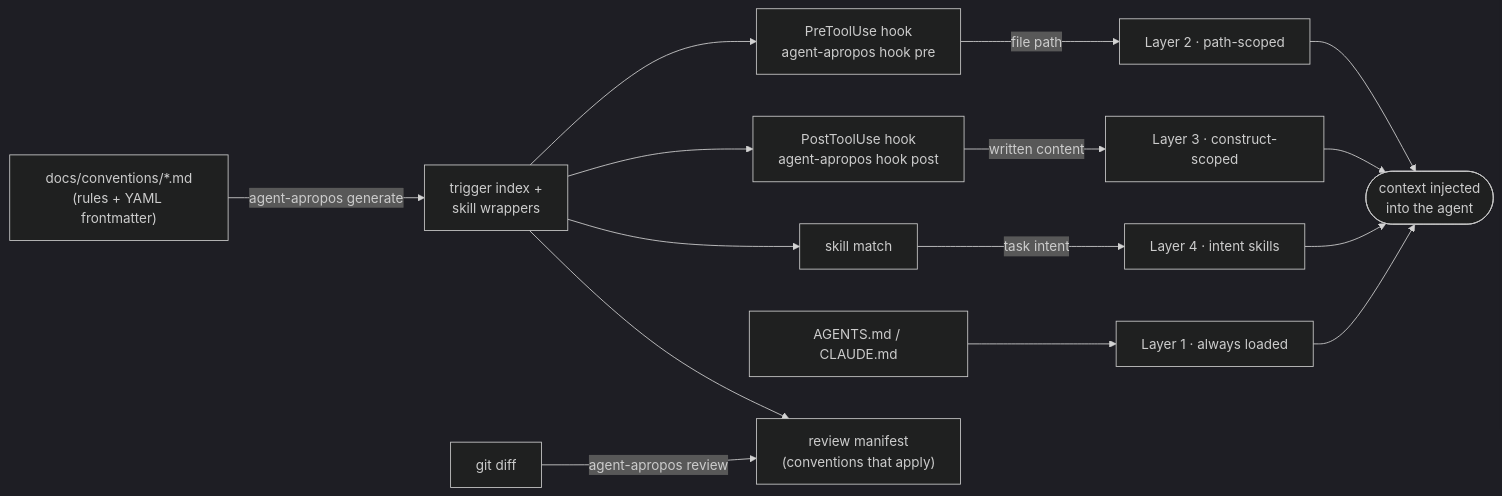
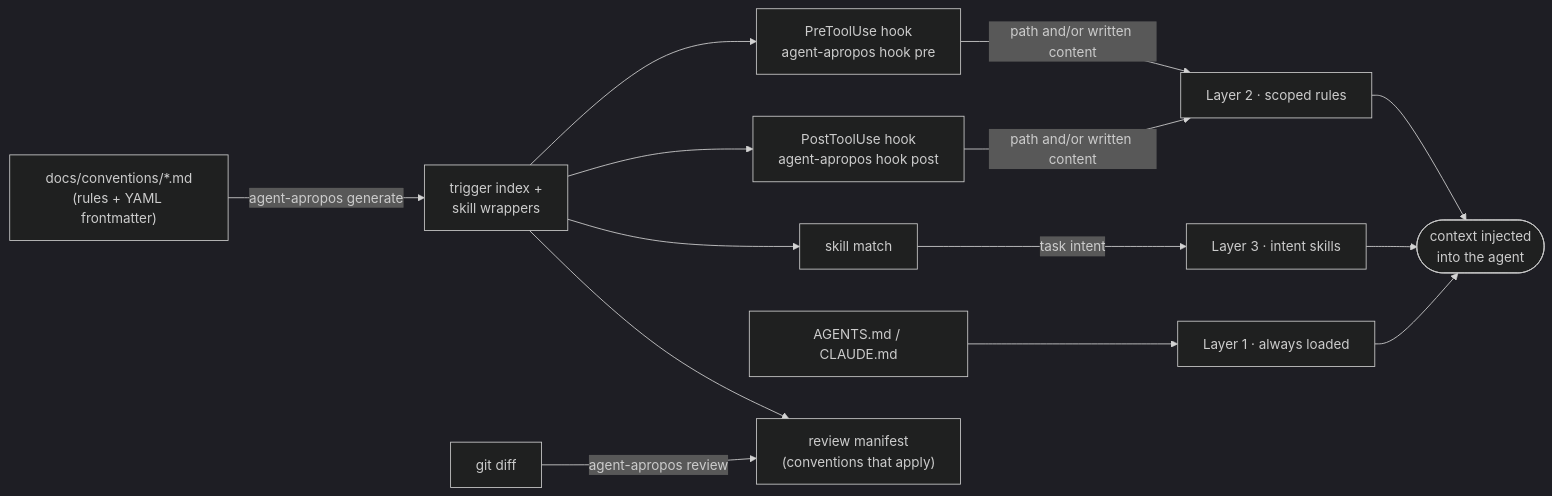
One commit to NEXL-LTS/agent-apropos changed the diagram in README.md. Above: the diagram before and after it, drawn with Mermaid (dark theme). The commit also changed other lines of this file and 49 other files, not shown here.

````diff
--- a/README.md
+++ b/README.md
@@ -186,20 +186,20 @@
 ```mermaid
 flowchart LR
     Docs["docs/conventions/*.md\n(rules + YAML frontmatter)"]
     Docs -->|agent-apropos generate| Index["trigger index +\nskill wrappers"]
 
     Index --> Pre["PreToolUse hook\nagent-apropos hook pre"]
     Index --> Post["PostToolUse hook\nagent-apropos hook post"]
     Index --> Skill["skill match"]
     Root["AGENTS.md / CLAUDE.md"] --> L1
 
-    Pre -->|file path| L2["Layer 2 · path-scoped"]
-    Post -->|written content| L3["Layer 3 · construct-scoped"]
-    Skill -->|task intent| L4["Layer 4 · intent skills"]
+    Pre -->|path and/or written content| L2["Layer 2 · scoped rules"]
+    Post -->|path and/or written content| L2
+    Skill -->|task intent| L3["Layer 3 · intent skills"]
     L1["Layer 1 · always loaded"]
 
-    L1 & L2 & L3 & L4 --> Ctx(["context injected\ninto the agent"])
+    L1 & L2 & L3 --> Ctx(["context injected\ninto the agent"])
 
     Diff["git diff"] -->|agent-apropos review| Manifest["review manifest\n(conventions that apply)"]
     Index --> Manifest
 ```
````
